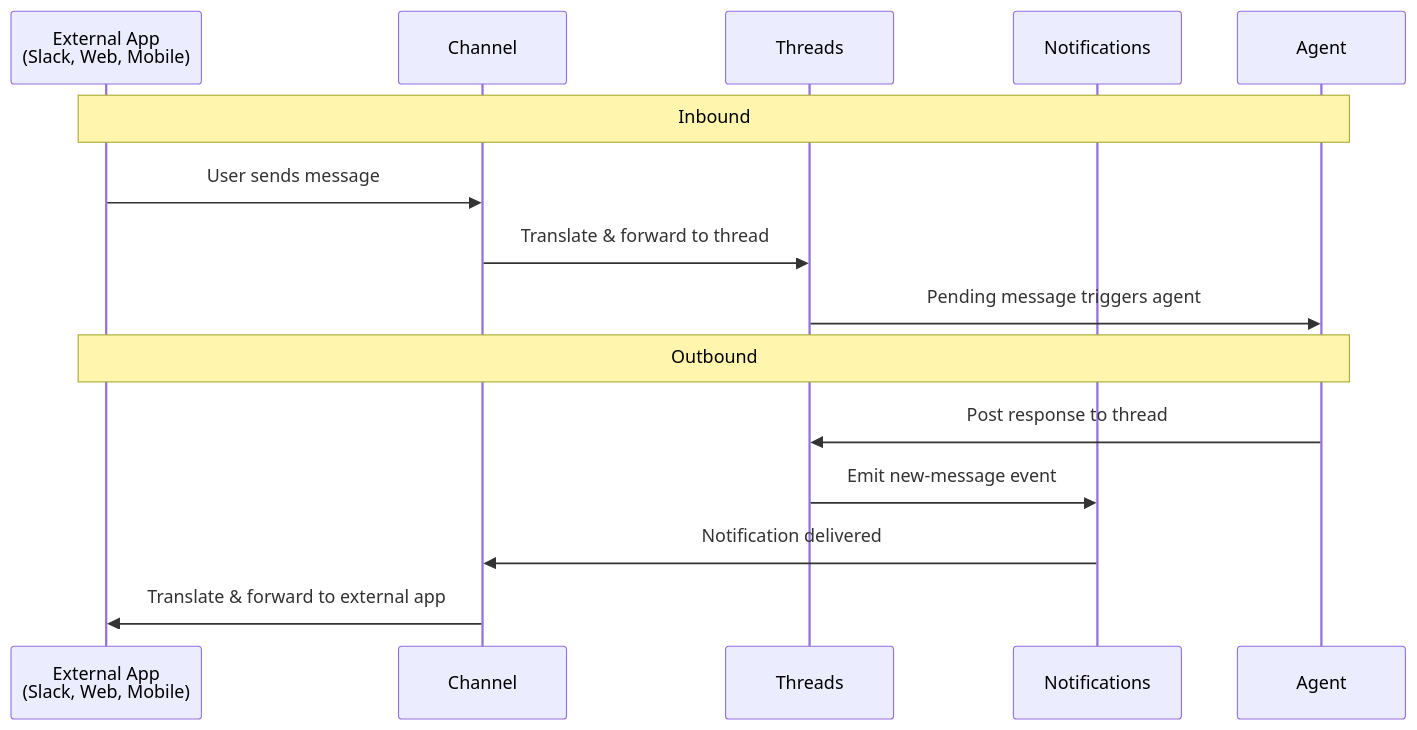
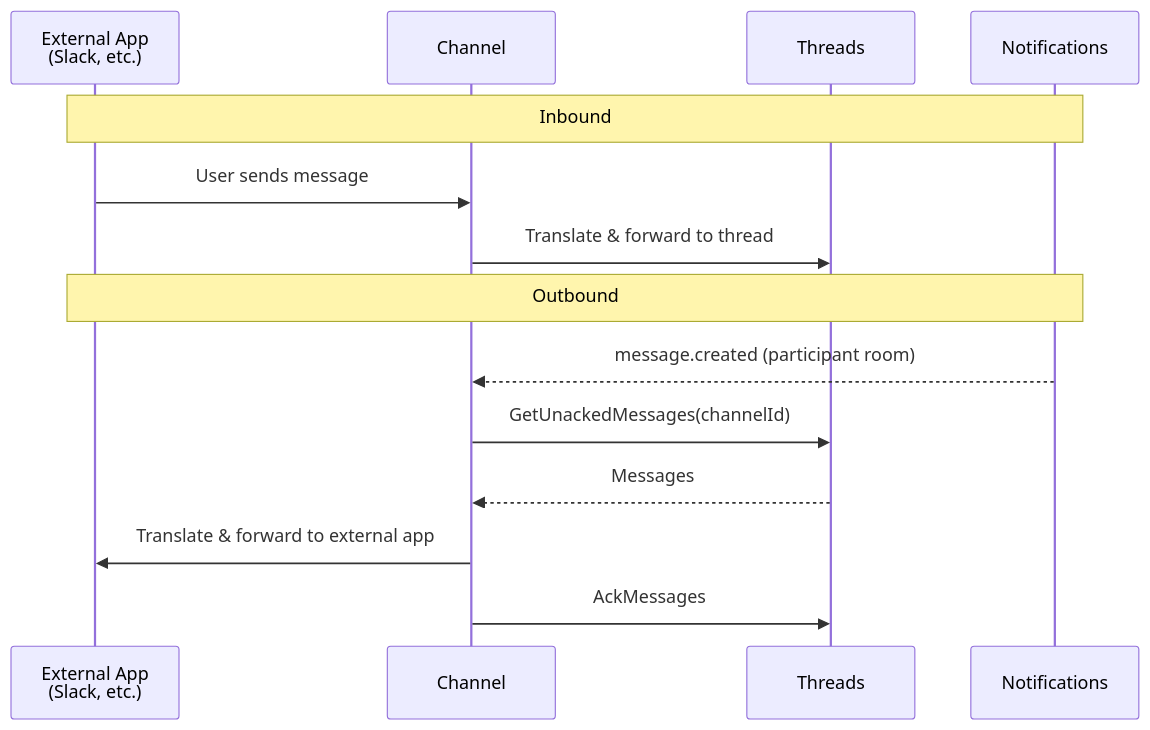
One commit to agynio/architecture changed the diagram in architecture/channels.md. Above: the diagram before and after it, drawn with Mermaid. The commit also changed other lines of this file and 9 other files, not shown here.

First line of the commit message:
Decide message delivery: notifications + pull with participant-scoped ack

````diff
--- a/architecture/channels.md
+++ b/architecture/channels.md
@@ -16,19 +18,18 @@
 ```mermaid
 sequenceDiagram
-    participant Ext as External App<br/>(Slack, Web, Mobile)
+    participant Ext as External App<br/>(Slack, etc.)
     participant Ch as Channel
     participant Th as Threads
     participant N as Notifications
-    participant A as Agent
 
-    Note over Ext,A: Inbound
+    Note over Ext,N: Inbound
     Ext->>Ch: User sends message
     Ch->>Th: Translate & forward to thread
-    Th->>A: Pending message triggers agent
 
-    Note over Ext,A: Outbound
-    A->>Th: Post response to thread
-    Th->>N: Emit new-message event
-    N->>Ch: Notification delivered
+    Note over Ext,N: Outbound
+    N-->>Ch: message.created (participant room)
+    Ch->>Th: GetUnackedMessages(channelId)
+    Th-->>Ch: Messages
     Ch->>Ext: Translate & forward to external app
+    Ch->>Th: AckMessages
 ```
````
